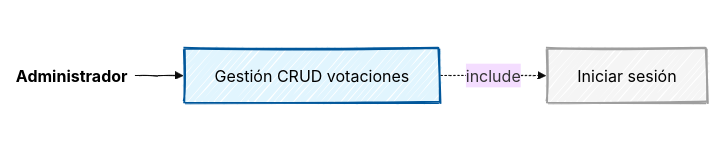
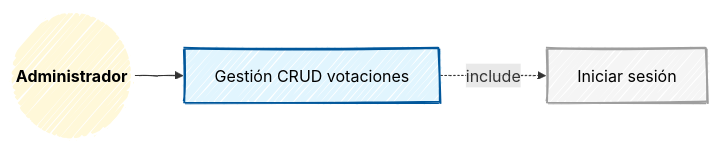
The ninth of 11 diagrams in docs/casosUso.md (OnyxVariables/AGORA), drawn with Mermaid before and after one commit. The commit also changed other lines of this file, not shown here.

````diff
--- a/docs/casosUso.md
+++ b/docs/casosUso.md
@@ -246,15 +238,14 @@
 ```mermaid
 ---
 config:
-  theme: base
   look: handDrawn
 ---
 graph LR
-    classDef actor fill:#ffffff,stroke:#fff,stroke-width:2px,color:#000
+    classDef actor fill:#fff8d9,stroke:#fff,stroke-width:2px,color:#000
     classDef primario fill:#e1f5fe,stroke:#01579b,stroke-width:2px,color:#000
     classDef soporte fill:#f5f5f5,stroke:#9e9e9e,stroke-width:2px,color:#000
 
     Administrador((<b>Administrador</b>)):::actor
     Administrador --> UC_CRUD[Gestión CRUD votaciones]:::primario
     UC_CRUD -.->|include| UC_Login[Iniciar sesión]:::soporte
 ``` 
````
